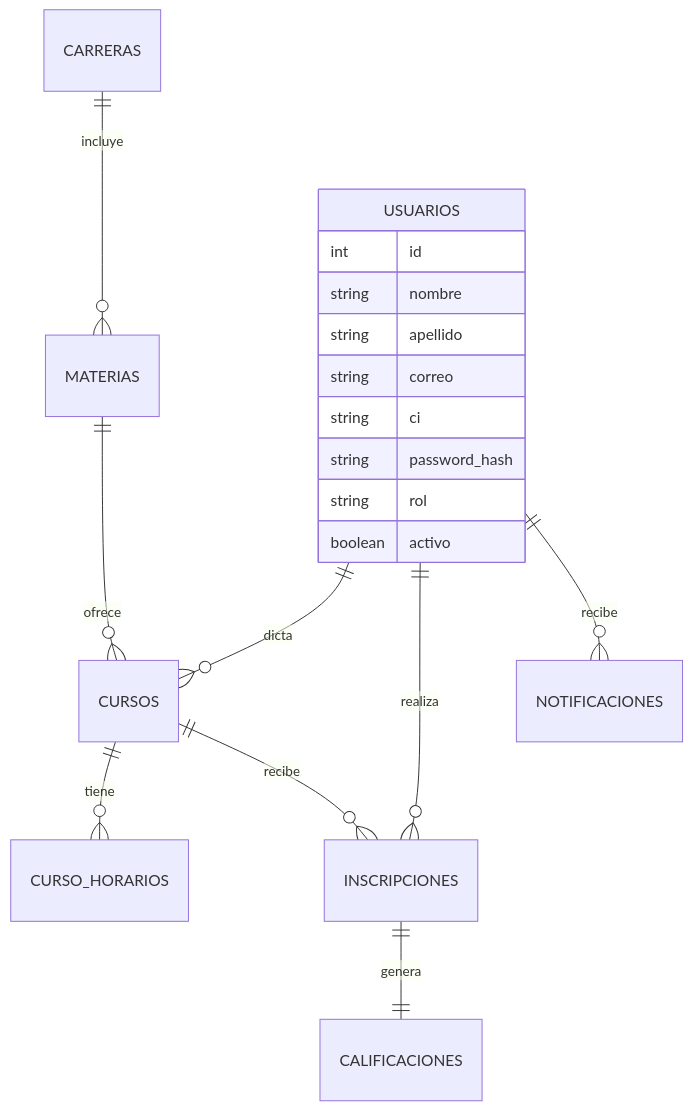
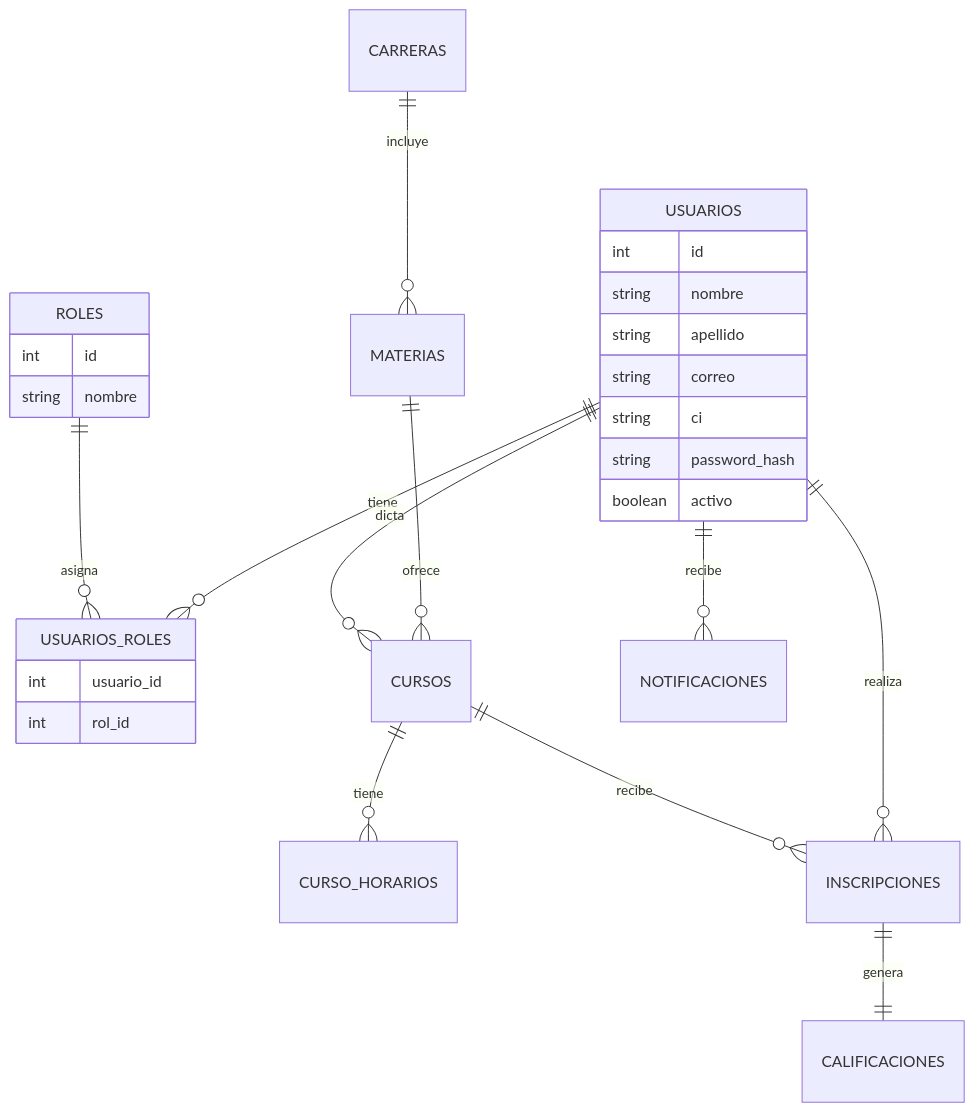
The second of 14 diagrams in README.md (elunboundfiremail/WebAppAcademico), drawn with Mermaid before and after one commit. The commit also changed other lines of this file, not shown here.

Commit message:
docs: roles multiples en bd

````diff
--- a/README.md
+++ b/README.md
@@ -118,22 +123,31 @@
 ```mermaid
 erDiagram
+  USUARIOS ||--o{ USUARIOS_ROLES : tiene
+  ROLES ||--o{ USUARIOS_ROLES : asigna
   CARRERAS ||--o{ MATERIAS : incluye
   MATERIAS ||--o{ CURSOS : ofrece
   USUARIOS ||--o{ CURSOS : dicta
   CURSOS ||--o{ CURSO_HORARIOS : tiene
   USUARIOS ||--o{ INSCRIPCIONES : realiza
   CURSOS ||--o{ INSCRIPCIONES : recibe
   INSCRIPCIONES ||--|| CALIFICACIONES : genera
   USUARIOS ||--o{ NOTIFICACIONES : recibe
 
   USUARIOS {
     int id
     string nombre
     string apellido
     string correo
     string ci
     string password_hash
-    string rol
     boolean activo
   }
+  ROLES {
+    int id
+    string nombre
+  }
+  USUARIOS_ROLES {
+    int usuario_id
+    int rol_id
+  }
 ```
````
